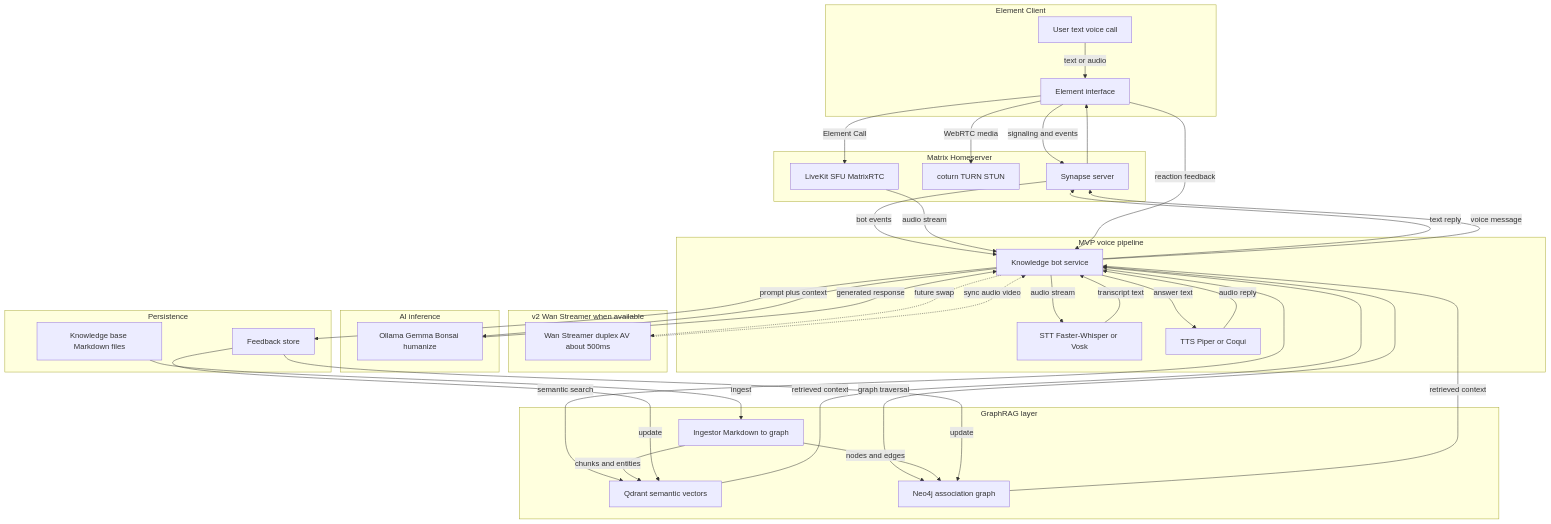
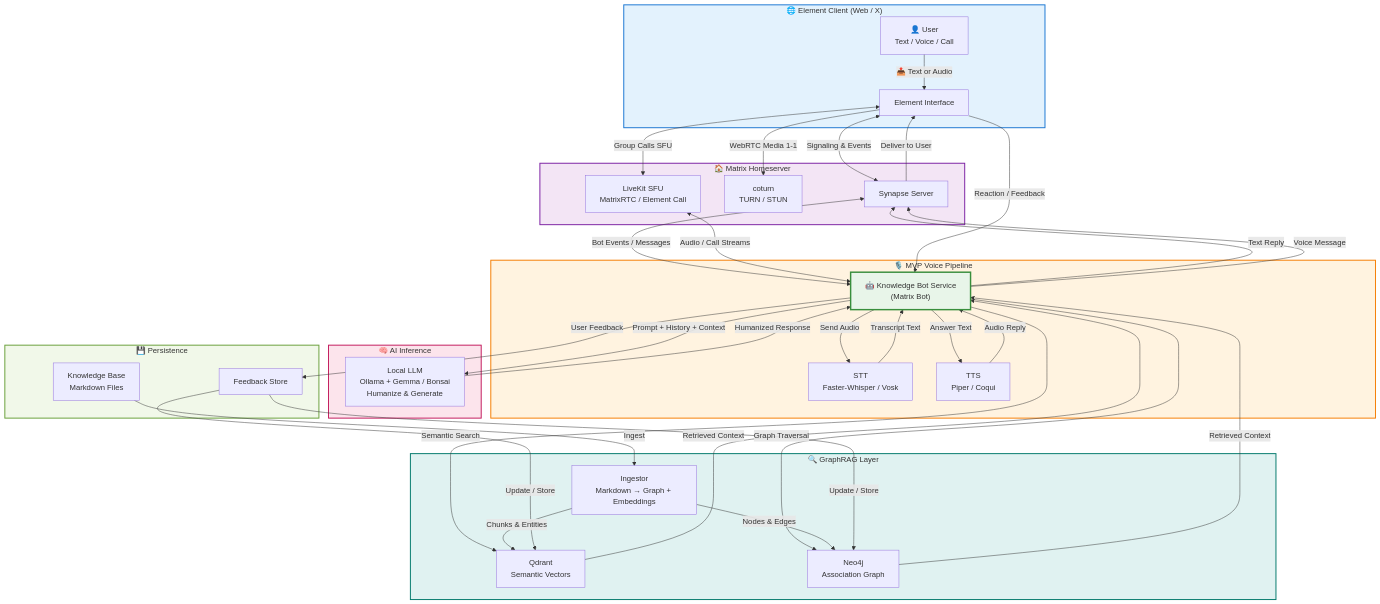
The second of 3 diagrams in _posts/2026-06-25-edelweiss-video-assistant-mvp.md (eSlider/eSlider.github.io), drawn with Mermaid before and after one commit.

Commit message:
refactor: enhance Mermaid diagram for Edelweiss video assistant MVP
Revise the architecture diagram with improved styling, clearer labels, and enhanced readability. Update subgraph descriptions and icons for better visual representation and user understanding.

````diff
--- a/_posts/2026-06-25-edelweiss-video-assistant-mvp.md
+++ b/_posts/2026-06-25-edelweiss-video-assistant-mvp.md
@@ -107,69 +107,83 @@
 ```mermaid
 flowchart TB
-  subgraph Client["Element Client"]
-    User["User text voice call"]
-    Element["Element interface"]
-    User -->|text or audio| Element
-  end
+    %% Styling
+    classDef client fill:#e3f2fd,stroke:#1976d2,stroke-width:2px
+    classDef matrix fill:#f3e5f5,stroke:#7b1fa2,stroke-width:2px
+    classDef bot fill:#e8f5e9,stroke:#388e3c,stroke-width:3px
+    classDef voice fill:#fff3e0,stroke:#f57c00,stroke-width:2px
+    classDef rag fill:#e0f2f1,stroke:#00796b,stroke-width:2px
+    classDef ai fill:#fce4ec,stroke:#c2185b,stroke-width:2px
+    classDef persist fill:#f1f8e9,stroke:#689f38,stroke-width:2px
 
-  subgraph Matrix["Matrix Homeserver"]
-    Synapse["Synapse server"]
-    Coturn["coturn TURN STUN"]
-    LiveKit["LiveKit SFU MatrixRTC"]
-    Element -->|signaling and events| Synapse
-    Element -->|WebRTC media| Coturn
-    Element -->|Element Call| LiveKit
-  end
+    subgraph Client["🌐 Element Client (Web / X)"]
+        User["👤 User<br>Text / Voice / Call"]
+        Element["Element Interface"]
+        User -->|📤 Text or Audio| Element
+    end
 
-  Bot["Knowledge bot service"]
+    subgraph Matrix["🏠 Matrix Homeserver"]
+        Synapse["Synapse Server"]
+        Coturn["coturn<br>TURN / STUN"]
+        LiveKit["LiveKit SFU<br>MatrixRTC / Element Call"]
+        
+        Element <-->|Signaling & Events| Synapse
+        Element -->|WebRTC Media 1-1| Coturn
+        Element <-->|Group Calls SFU| LiveKit
+    end
 
-  Synapse -->|bot events| Bot
-  LiveKit -->|audio stream| Bot
+    Bot["🤖 Knowledge Bot Service<br>(Matrix Bot)"]:::bot
 
-  subgraph VoiceMVP["MVP voice pipeline"]
-    STT["STT Faster-Whisper or Vosk"]
-    TTS["TTS Piper or Coqui"]
-    Bot -->|audio stream| STT
-    STT -->|transcript text| Bot
-    Bot -->|answer text| TTS
-    TTS -->|audio reply| Bot
-  end
+    %% Matrix <-> Bot
+    Synapse <-->|Bot Events / Messages| Bot
+    LiveKit <-->|Audio / Call Streams| Bot
 
-  subgraph VoiceV2["v2 Wan Streamer when available"]
-    Wan["Wan Streamer duplex AV about 500ms"]
-    Bot -.->|future swap| Wan
-    Wan -.->|sync audio video| Bot
-  end
+    subgraph VoiceMVP["🎙️ MVP Voice Pipeline"]
+        STT["STT<br>Faster-Whisper / Vosk"]
+        TTS["TTS<br>Piper / Coqui"]
+        Bot -->|Send Audio| STT
+        STT -->|Transcript Text| Bot
+        Bot -->|Answer Text| TTS
+        TTS -->|Audio Reply| Bot
+    end
 
-  subgraph GraphRAG["GraphRAG layer"]
-    Qdrant["Qdrant semantic vectors"]
-    Neo4j["Neo4j association graph"]
-    Ingestor["Ingestor Markdown to graph"]
-    Bot -->|semantic search| Qdrant
-    Bot -->|graph traversal| Neo4j
-    Qdrant -->|retrieved context| Bot
-    Neo4j -->|retrieved context| Bot
-  end
+    subgraph GraphRAG["🔍 GraphRAG Layer"]
+        Qdrant["Qdrant<br>Semantic Vectors"]
+        Neo4j["Neo4j<br>Association Graph"]
+        Ingestor["Ingestor<br>Markdown → Graph + Embeddings"]
+        
+        Bot -->|Semantic Search| Qdrant
+        Bot -->|Graph Traversal| Neo4j
+        Qdrant & Neo4j -->|Retrieved Context| Bot
+    end
 
-  subgraph AI["AI inference"]
-    LLM["Ollama Gemma Bonsai humanize"]
-    Bot -->|prompt plus context| LLM
-    LLM -->|generated response| Bot
-  end
+    subgraph AI["🧠 AI Inference"]
+        LLM["Local LLM<br>Ollama + Gemma / Bonsai<br>Humanize & Generate"]
+        Bot -->|Prompt + History + Context| LLM
+        LLM -->|Humanized Response| Bot
+    end
 
-  subgraph Persistence["Persistence"]
-    KB["Knowledge base Markdown files"]
-    FB["Feedback store"]
-    KB -->|ingest| Ingestor
-    Ingestor -->|chunks and entities| Qdrant
-    Ingestor -->|nodes and edges| Neo4j
-    Bot --> FB
-    FB -->|update| Qdrant
-    FB -->|update| Neo4j
-  end
+    subgraph Persistence["💾 Persistence"]
+        KB["Knowledge Base<br>Markdown Files"]
+        FB["Feedback Store"]
+        
+        KB -->|Ingest| Ingestor
+        Ingestor -->|Chunks & Entities| Qdrant
+        Ingestor -->|Nodes & Edges| Neo4j
+        Bot -->|User Feedback| FB
+        FB -->|Update / Store| Qdrant
+        FB -->|Update / Store| Neo4j
+    end
 
-  Bot -->|text reply| Synapse
-  Bot -->|voice message| Synapse
-  Synapse --> Element
-  Element -->|reaction feedback| Bot
+    %% Final Outputs
+    Bot -->|Text Reply| Synapse
+    Bot -->|Voice Message| Synapse
+    Synapse -->|Deliver to User| Element
+    Element -->|Reaction / Feedback| Bot
+
+    class Client client
+    class Matrix matrix
+    class VoiceMVP voice
+    class GraphRAG rag
+    class AI ai
+    class Persistence persist
 ```
````
